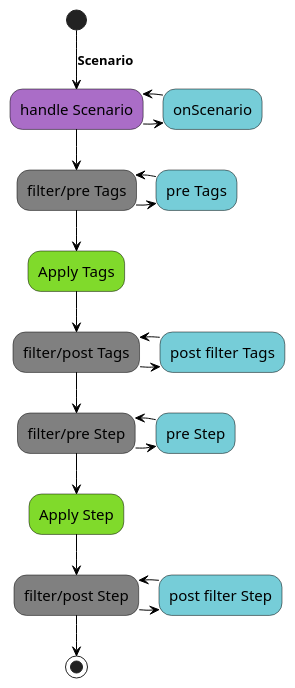
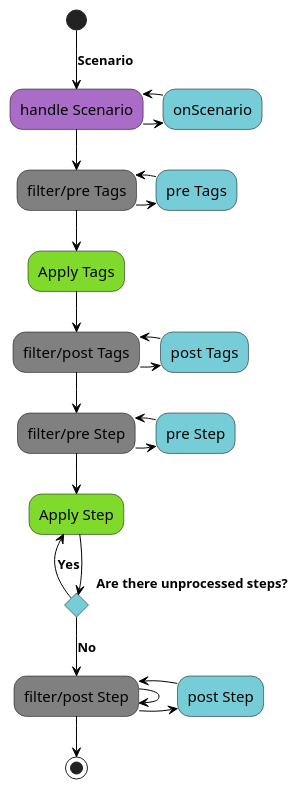
One commit to gherking/gherking-docs changed the diagram in src/data/scenario.puml. Above: the diagram before and after it, drawn with PlantUML. The commit also changed 4 other files, not shown here.

Commit message:
plantuml visualization of the precompiler

```diff
--- a/src/data/scenario.puml
+++ b/src/data/scenario.puml
@@ -1,33 +1,37 @@
 @startuml
 skinparam activity {
 BackgroundColor #76CDD8
 BackgroundColor<<apply>> #80DA2B
 BackgroundColor<<filter>> #808080
 BackgroundColor<<handle>> #AA6DC7
 ArrowColor black
 ArrowFontSize 13
 ArrowFontStyle bold
 ArrowFontName Segoe UI
 BorderColor black
 FontName Segoe UI
 FontSize 15
 }
 (*) -->[Scenario] "handle Scenario"
 -right-> "onScenario"
 -left-> "handle Scenario"<<handle>>
 --> "filter/pre Tags"<<filter>>
 -right-> "pre Tags"
 -left-> "filter/pre Tags"
 --> "Apply Tags"<<apply>>
 --> "filter/post Tags"<<filter>>
--right-> "post filter Tags"
+-right-> "post Tags"
 -left-> "filter/post Tags"
 --> "filter/pre Step"
 -right-> "pre Step"
 -left-> "filter/pre Step"<<filter>>
 --> "Apply Step"<<apply>>
+If "Are there unprocessed steps?"
+-left-> [Yes] "Apply Step"
+else
+--> [No] "filter/post Step"<<filter>>
 --> "filter/post Step"
--right-> "post filter Step"
+-right-> "post Step"
 -left-> "filter/post Step"<<filter>>
 --> (*)
 @enduml
```
